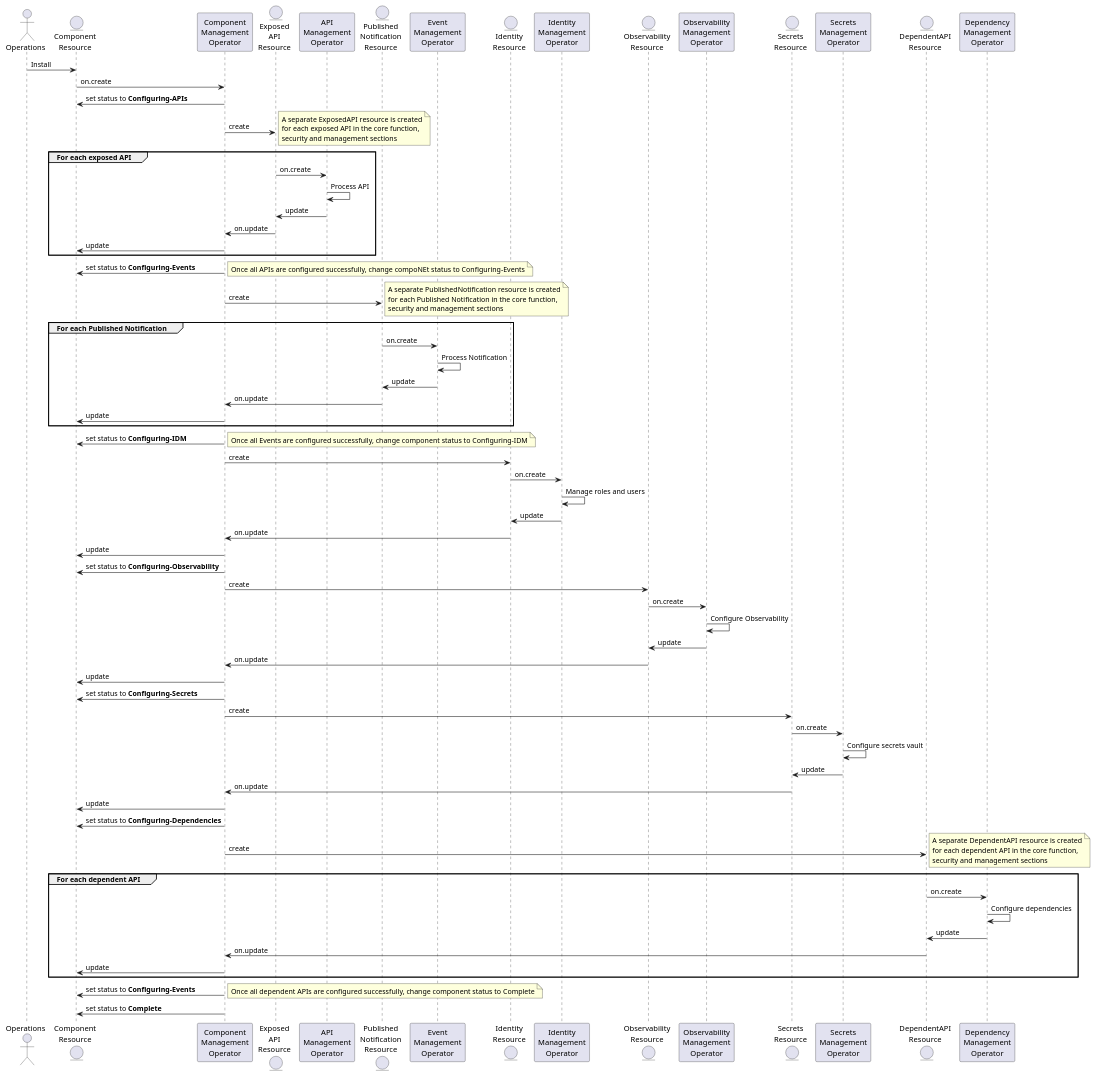
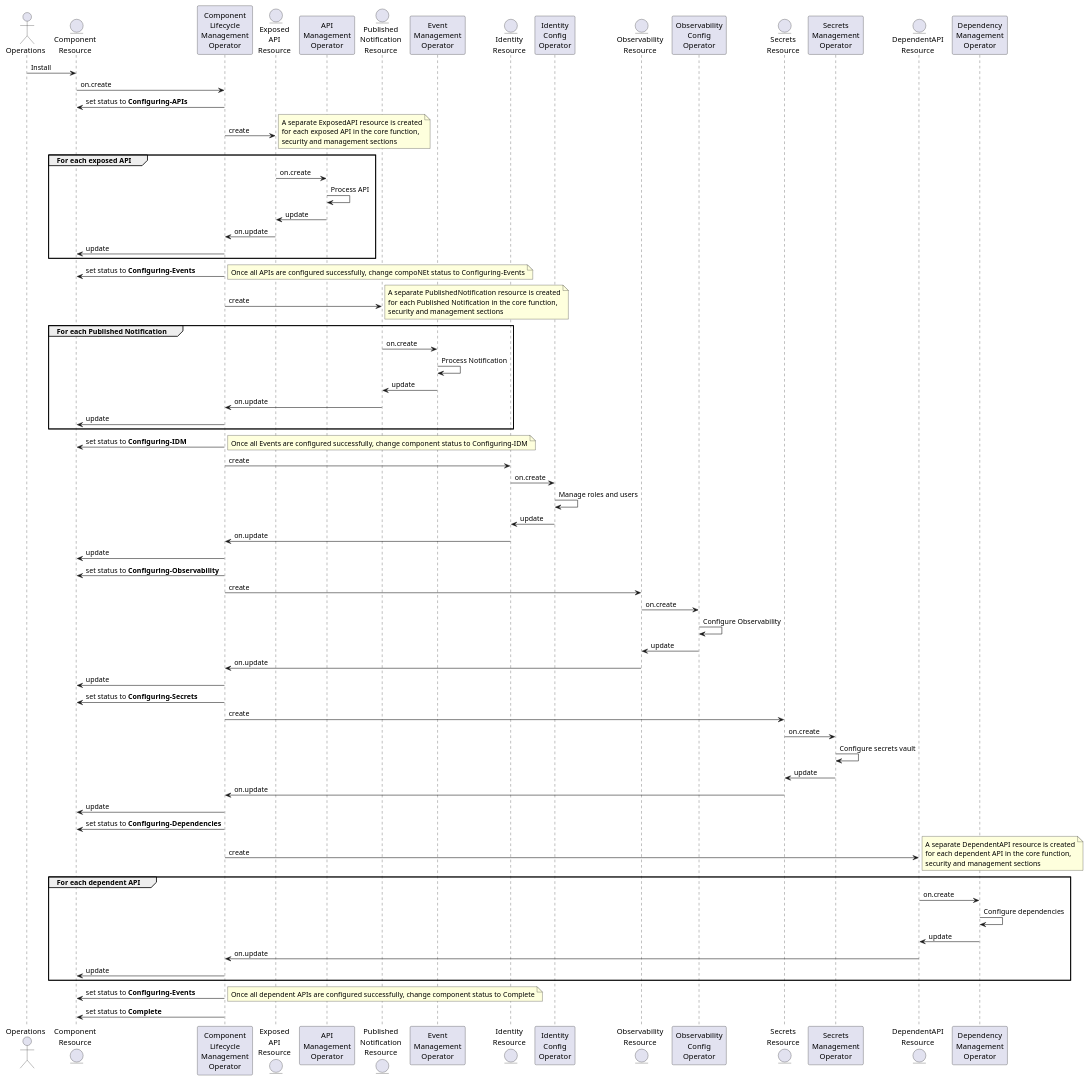
One commit to tmforum-oda/oda-canvas changed the diagram in usecase-library/pumlFiles/manage-components-install.puml. Above: the diagram before and after it, drawn with PlantUML. The commit also changed 1 other file, not shown here.

```diff
--- a/usecase-library/pumlFiles/manage-components-install.puml
+++ b/usecase-library/pumlFiles/manage-components-install.puml
@@ -1,103 +1,103 @@
 @startuml
 
 actor Operations
 entity "Component\nResource" as Component
-participant "Component\nManagement\nOperator" as ComponentOperator
+participant "Component\nLifecycle\nManagement\nOperator" as ComponentOperator
 entity "Exposed\nAPI\nResource" as ExposedAPI
 participant "API\nManagement\nOperator" as APIExposureOperator
 entity "Published\nNotification\nResource" as PublishedNotification
 participant "Event\nManagement\nOperator" as EventOperator
 entity "Identity\nResource" as Identity
-participant "Identity\nManagement\nOperator" as IdentityOperator
+participant "Identity\nConfig\nOperator" as IdentityOperator
 entity "Observability\nResource" as Observability
-participant "Observability\nManagement\nOperator" as ObservabilityOperator
+participant "Observability\nConfig\nOperator" as ObservabilityOperator
 entity "Secrets\nResource" as Secrets
 participant "Secrets\nManagement\nOperator" as SecretsOperator
 entity "DependentAPI\nResource" as DependentAPI
 participant "Dependency\nManagement\nOperator" as DependencyOperator
 
 
 Component <- Operations : Install
 Component -> ComponentOperator: on.create 
 Component <- ComponentOperator: set status to **Configuring-APIs** 
 ComponentOperator -> ExposedAPI: create
 note right
     A separate ExposedAPI resource is created
     for each exposed API in the core function,
     security and management sections
 end note
 group For each exposed API
     ExposedAPI -> APIExposureOperator: on.create 
     APIExposureOperator -> APIExposureOperator: Process API
     ExposedAPI <- APIExposureOperator: update
     ComponentOperator <- ExposedAPI: on.update
     Component <- ComponentOperator: update 
 end
 Component <- ComponentOperator: set status to **Configuring-Events** 
 note right
     Once all APIs are configured successfully, change compoNEt status to Configuring-Events
 end note
 
 ComponentOperator -> PublishedNotification: create
 note right
     A separate PublishedNotification resource is created
     for each Published Notification in the core function,
     security and management sections
 end note
 group For each Published Notification
     PublishedNotification -> EventOperator: on.create 
     EventOperator -> EventOperator: Process Notification
     PublishedNotification <- EventOperator: update
     ComponentOperator <- PublishedNotification: on.update
     Component <- ComponentOperator: update 
 end
 Component <- ComponentOperator: set status to **Configuring-IDM** 
 note right
     Once all Events are configured successfully, change component status to Configuring-IDM
 end note
 
 ComponentOperator -> Identity: create
 Identity -> IdentityOperator: on.create
 IdentityOperator -> IdentityOperator: Manage roles and users
 Identity <- IdentityOperator: update
 ComponentOperator <- Identity: on.update
 Component <- ComponentOperator: update 
 
 Component <- ComponentOperator: set status to **Configuring-Observability** 
 ComponentOperator -> Observability: create
 Observability -> ObservabilityOperator: on.create
 ObservabilityOperator -> ObservabilityOperator: Configure Observability
 Observability <- ObservabilityOperator: update
 ComponentOperator <- Observability: on.update
 Component <- ComponentOperator: update 
 
 Component <- ComponentOperator: set status to **Configuring-Secrets** 
 ComponentOperator -> Secrets: create
 Secrets -> SecretsOperator: on.create
 SecretsOperator -> SecretsOperator: Configure secrets vault
 Secrets <- SecretsOperator: update
 ComponentOperator <- Secrets: on.update
 Component <- ComponentOperator: update 
 
 Component <- ComponentOperator: set status to **Configuring-Dependencies** 
 ComponentOperator -> DependentAPI: create
 note right
     A separate DependentAPI resource is created
     for each dependent API in the core function,
     security and management sections
 end note
 group For each dependent API
     DependentAPI -> DependencyOperator: on.create
     DependencyOperator -> DependencyOperator: Configure dependencies
     DependentAPI <- DependencyOperator: update
     ComponentOperator <- DependentAPI: on.update
     Component <- ComponentOperator: update 
 end
 Component <- ComponentOperator: set status to **Configuring-Events** 
 note right
     Once all dependent APIs are configured successfully, change component status to Complete
 end note
 
 Component <- ComponentOperator: set status to **Complete** 
 
 @enduml
```
